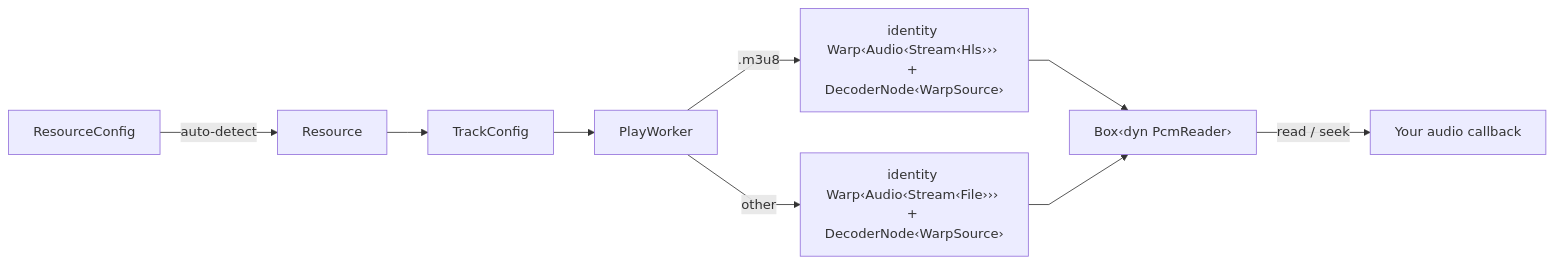
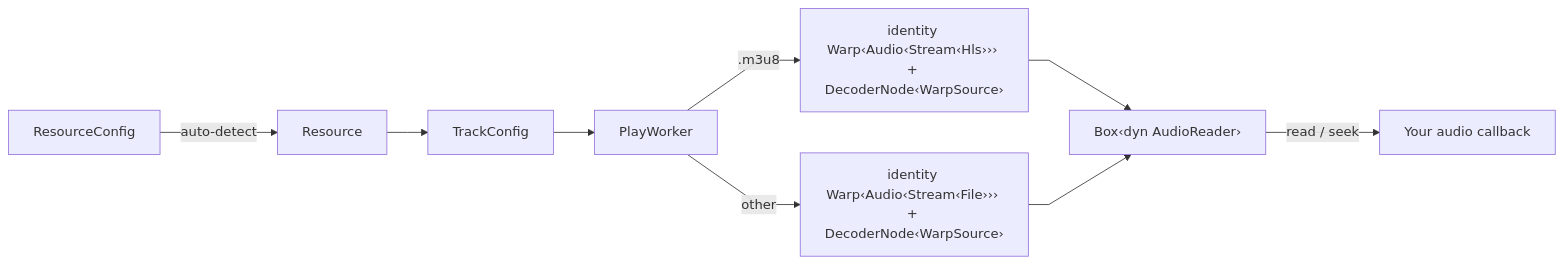
One commit to gerasim13/kithara changed the diagram in crates/kithara/ARCHITECTURE.md. Above: the diagram before and after it, drawn with Mermaid. The commit also changed other lines of this file and 386 other files, not shown here.

````diff
--- a/crates/kithara/ARCHITECTURE.md
+++ b/crates/kithara/ARCHITECTURE.md
@@ -7,12 +7,12 @@
 ```mermaid
 %%{init: {"flowchart": {"curve": "linear"}} }%%
 flowchart LR
     RC[ResourceConfig] -->|auto-detect| R[Resource]
     R --> TC[TrackConfig]
     TC --> PW[PlayWorker]
     PW -->|".m3u8"| AH["identity Warp‹Audio‹Stream‹Hls››› + DecoderNode‹WarpSource›"]
     PW -->|other| AF["identity Warp‹Audio‹Stream‹File››› + DecoderNode‹WarpSource›"]
-    AH --> PR["Box‹dyn PcmReader›"]
+    AH --> PR["Box‹dyn AudioReader›"]
     AF --> PR
     PR -->|"read / seek"| APP[Your audio callback]
 ```
````
